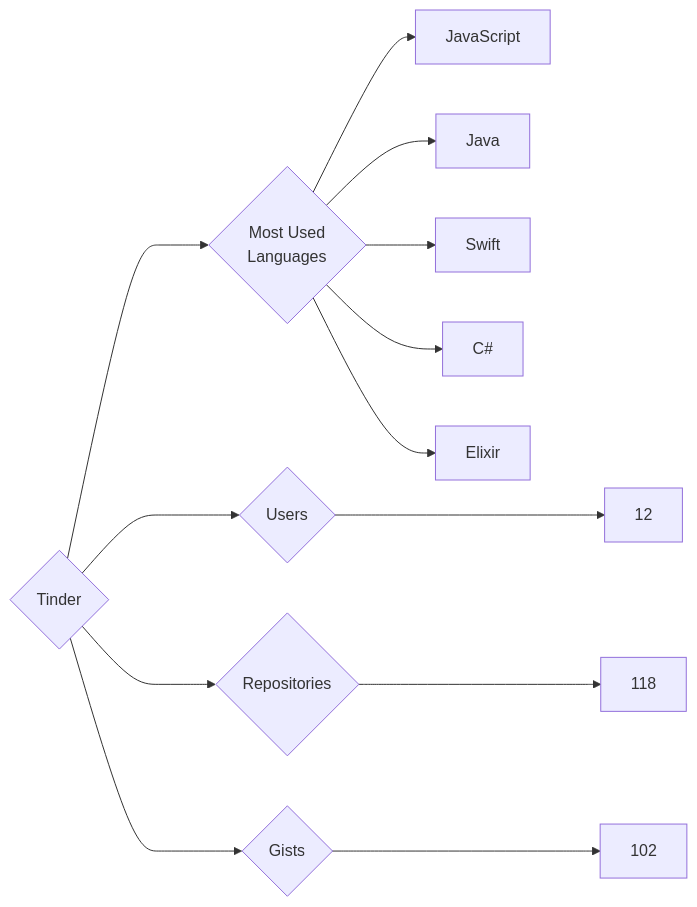
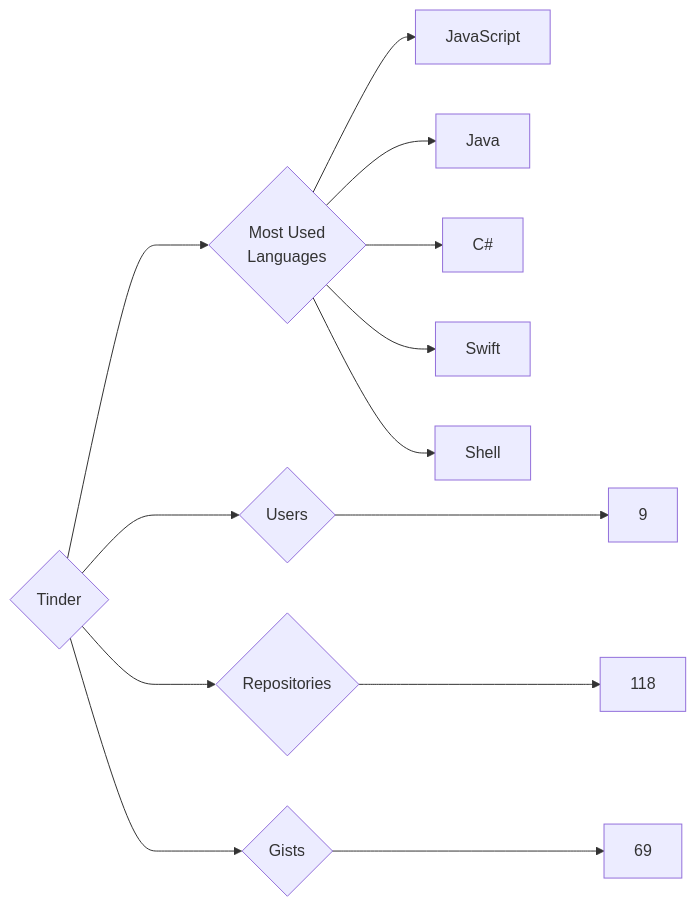
The diagram in targets/Tinder/README.md (trickest/insiders), drawn with Mermaid before and after one commit. The commit also changed 886 other files, not shown here.

````diff
--- a/targets/Tinder/README.md
+++ b/targets/Tinder/README.md
@@ -3,13 +3,13 @@
 ```mermaid
 graph LR
 COMPANY_NAME{Tinder}
-COMPANY_NAME ---> U{Users} ---> UN[12]
+COMPANY_NAME ---> U{Users} ---> UN[9]
 COMPANY_NAME ---> R{Repositories} ---> RN[118]
-COMPANY_NAME ---> G{Gists} ---> GN[102]
+COMPANY_NAME ---> G{Gists} ---> GN[69]
 COMPANY_NAME ---> ML{Most Used<br>Languages}
 ML --> JavaScript[JavaScript]
 ML --> Java[Java]
+ML --> C#[C#]
 ML --> Swift[Swift]
-ML --> C#[C#]
-ML --> Elixir[Elixir]
+ML --> Shell[Shell]
 ```
````
